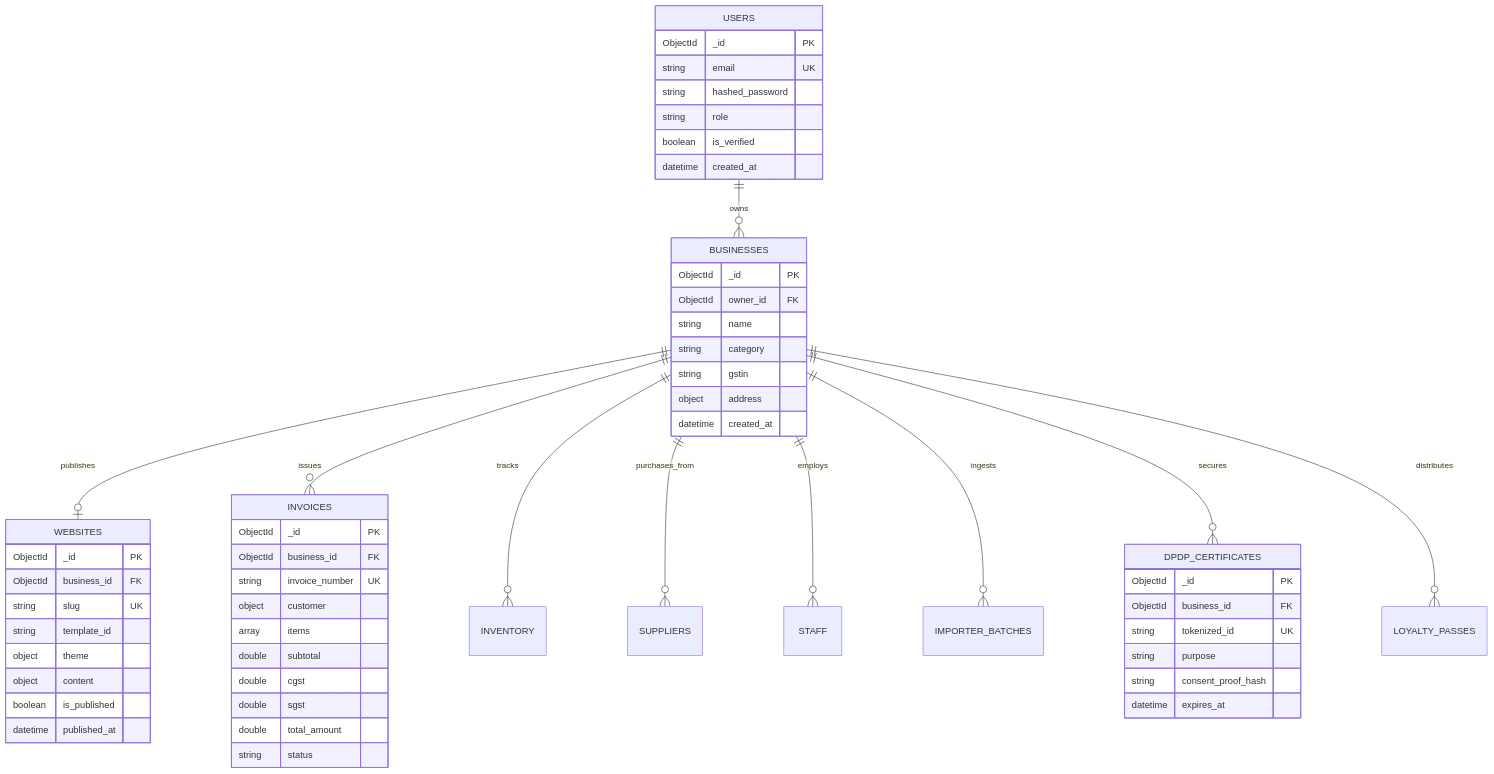
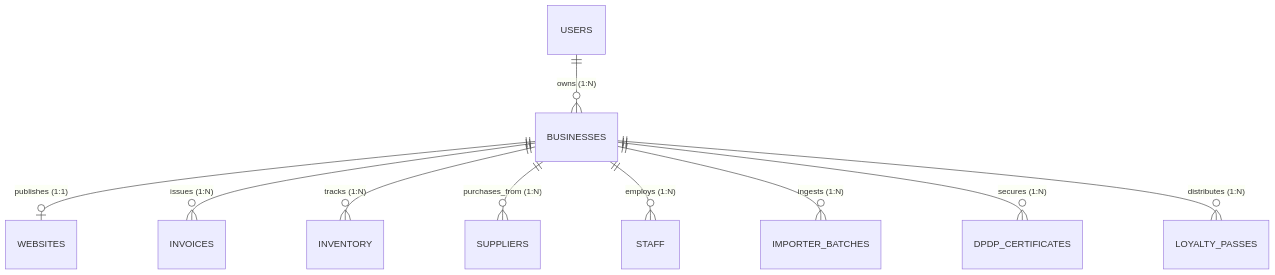
One commit to tejakarthik657/FreameUp changed the diagram in docs/06-database-design.md. Above: the diagram before and after it, drawn with Mermaid. The commit also changed other lines of this file and 23 other files, not shown here.

````diff
--- a/docs/06-database-design.md
+++ b/docs/06-database-design.md
@@ -16,64 +36,12 @@
 ```mermaid
 erDiagram
-    USERS ||--o{ BUSINESSES : "owns"
-    BUSINESSES ||--o| WEBSITES : "publishes"
-    BUSINESSES ||--o{ INVOICES : "issues"
-    BUSINESSES ||--o{ INVENTORY : "tracks"
-    BUSINESSES ||--o{ SUPPLIERS : "purchases_from"
-    BUSINESSES ||--o{ STAFF : "employs"
-    BUSINESSES ||--o{ IMPORTER_BATCHES : "ingests"
-    BUSINESSES ||--o{ DPDP_CERTIFICATES : "secures"
-    BUSINESSES ||--o{ LOYALTY_PASSES : "distributes"
-
-    USERS {
-        ObjectId _id PK
-        string email UK
-        string hashed_password
-        string role
-        boolean is_verified
-        datetime created_at
-    }
-
-    BUSINESSES {
-        ObjectId _id PK
-        ObjectId owner_id FK
-        string name
-        string category
-        string gstin
-        object address
-        datetime created_at
-    }
-
-    WEBSITES {
-        ObjectId _id PK
-        ObjectId business_id FK
-        string slug UK
-        string template_id
-        object theme
-        object content
-        boolean is_published
-        datetime published_at
-    }
-
-    INVOICES {
-        ObjectId _id PK
-        ObjectId business_id FK
-        string invoice_number UK
-        object customer
-        array items
-        double subtotal
-        double cgst
-        double sgst
-        double total_amount
-        string status
-    }
-
-    DPDP_CERTIFICATES {
-        ObjectId _id PK
-        ObjectId business_id FK
-        string tokenized_id UK
-        string purpose
-        string consent_proof_hash
-        datetime expires_at
-    }
+    USERS ||--o{ BUSINESSES : "owns (1:N)"
+    BUSINESSES ||--o| WEBSITES : "publishes (1:1)"
+    BUSINESSES ||--o{ INVOICES : "issues (1:N)"
+    BUSINESSES ||--o{ INVENTORY : "tracks (1:N)"
+    BUSINESSES ||--o{ SUPPLIERS : "purchases_from (1:N)"
+    BUSINESSES ||--o{ STAFF : "employs (1:N)"
+    BUSINESSES ||--o{ IMPORTER_BATCHES : "ingests (1:N)"
+    BUSINESSES ||--o{ DPDP_CERTIFICATES : "secures (1:N)"
+    BUSINESSES ||--o{ LOYALTY_PASSES : "distributes (1:N)"
 ```
````
